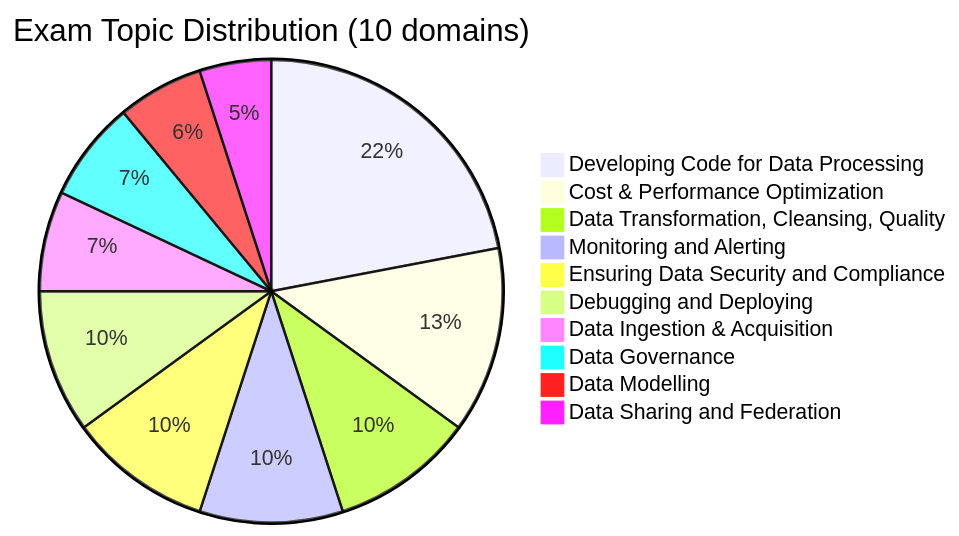
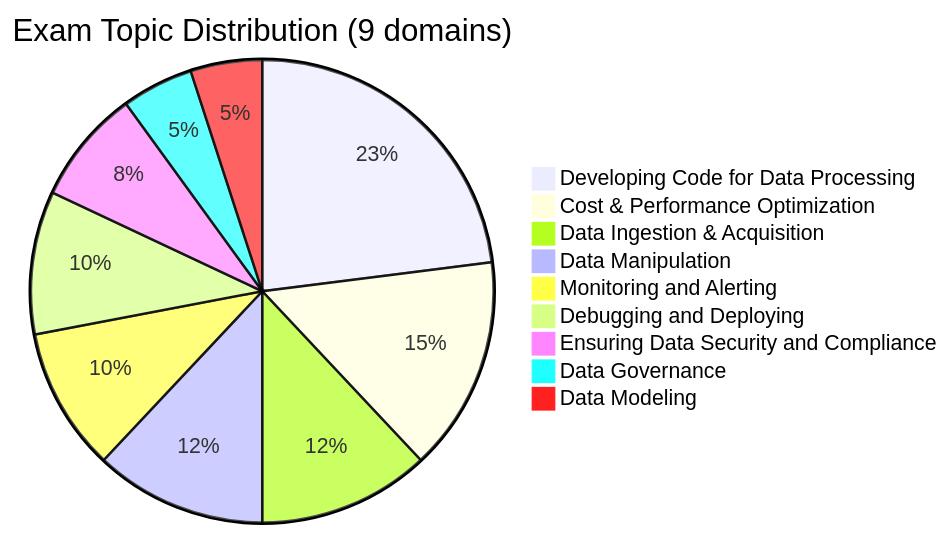
Before and after one commit to kengio/databricks-certification-study-guide: the diagram in certifications/data-engineer-professional/README.md, drawn with Mermaid. The commit also changed other lines of this file and 209 other files, not shown here.

First line of the commit message:
docs(de-pro): restructure to the Oct 9 2026 exam (9 domains, 60 questions) (#35)

````diff
--- a/certifications/data-engineer-professional/README.md
+++ b/certifications/data-engineer-professional/README.md
@@ -43,13 +46,12 @@
 ```mermaid
-pie title Exam Topic Distribution (10 domains)
-    "Developing Code for Data Processing" : 22
-    "Cost & Performance Optimization" : 13
-    "Data Transformation, Cleansing, Quality" : 10
+pie title Exam Topic Distribution (9 domains)
+    "Developing Code for Data Processing" : 23
+    "Cost & Performance Optimization" : 15
+    "Data Ingestion & Acquisition" : 12
+    "Data Manipulation" : 12
     "Monitoring and Alerting" : 10
-    "Ensuring Data Security and Compliance" : 10
     "Debugging and Deploying" : 10
-    "Data Ingestion & Acquisition" : 7
-    "Data Governance" : 7
-    "Data Modelling" : 6
-    "Data Sharing and Federation" : 5
+    "Ensuring Data Security and Compliance" : 8
+    "Data Governance" : 5
+    "Data Modeling" : 5
 ```
````
